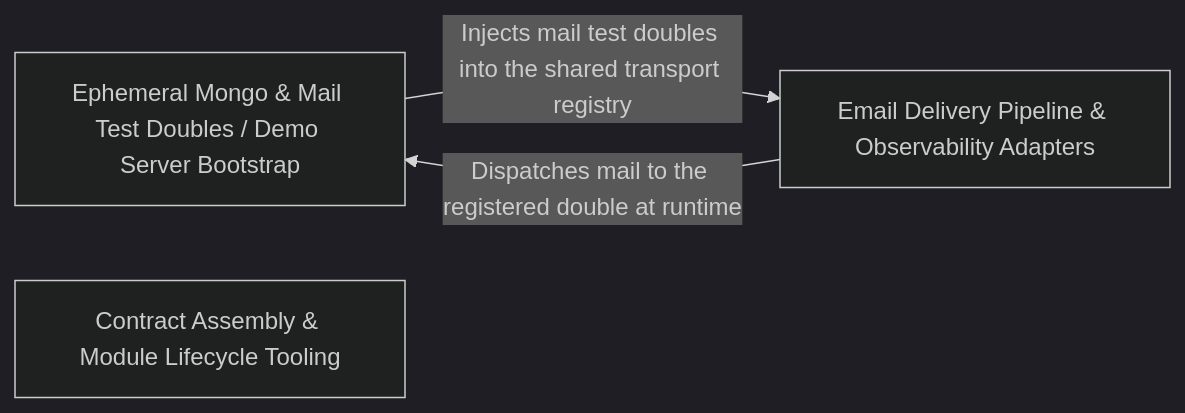
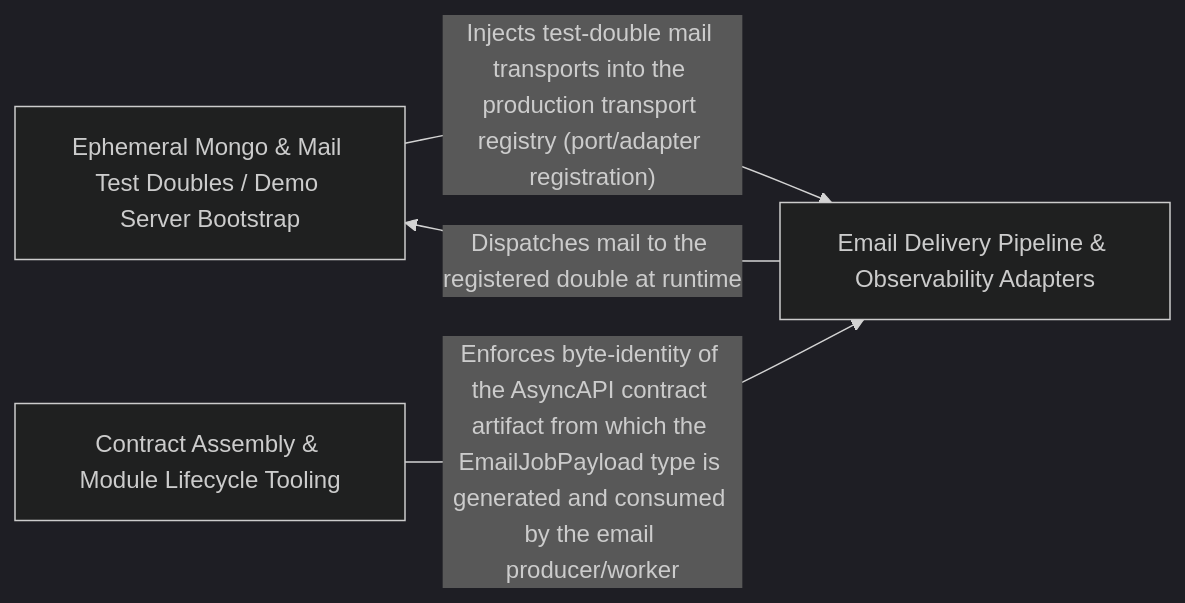
Before and after one commit to Guebbit/boilerplate-node-backend: the diagram in .2brain/arch/Ephemeral_Mongo_Mail_Test_Doubles_Demo_Server_Bootstrap.md, drawn with Mermaid (dark theme). The commit also changed other lines of this file and 627 other files, not shown here.

````diff
--- a/.2brain/arch/Ephemeral_Mongo_Mail_Test_Doubles_Demo_Server_Bootstrap.md
+++ b/.2brain/arch/Ephemeral_Mongo_Mail_Test_Doubles_Demo_Server_Bootstrap.md
@@ -10,8 +10,9 @@
 ```mermaid
 graph LR
     Ephemeral_Mongo_Mail_Test_Doubles_Demo_Server_Bootstrap["Ephemeral Mongo & Mail Test Doubles / Demo Server Bootstrap"]
     Email_Delivery_Pipeline_Observability_Adapters["Email Delivery Pipeline & Observability Adapters"]
     Contract_Assembly_Module_Lifecycle_Tooling["Contract Assembly & Module Lifecycle Tooling"]
-    Ephemeral_Mongo_Mail_Test_Doubles_Demo_Server_Bootstrap -- "Injects mail test doubles into the shared transport registry" --> Email_Delivery_Pipeline_Observability_Adapters
+    Ephemeral_Mongo_Mail_Test_Doubles_Demo_Server_Bootstrap -- "Injects test-double mail transports into the production transport registry (port/adapter registration)" --> Email_Delivery_Pipeline_Observability_Adapters
     Email_Delivery_Pipeline_Observability_Adapters -- "Dispatches mail to the registered double at runtime" --> Ephemeral_Mongo_Mail_Test_Doubles_Demo_Server_Bootstrap
+    Contract_Assembly_Module_Lifecycle_Tooling -- "Enforces byte-identity of the AsyncAPI contract artifact from which the EmailJobPayload type is generated and consumed by the email producer/worker" --> Email_Delivery_Pipeline_Observability_Adapters
 ```
````
